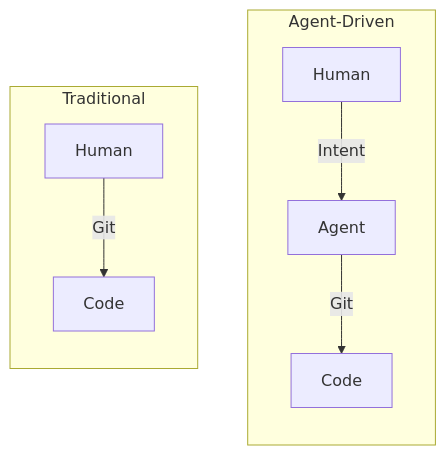
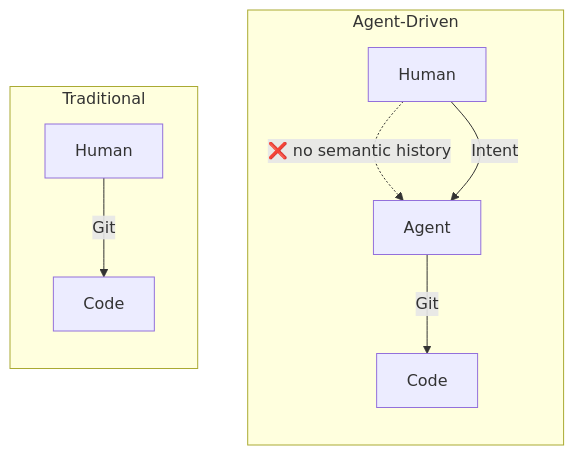
The diagram in README.md (dozybot001/Intent), drawn with Mermaid before and after one commit. The commit also changed 1 other file, not shown here.

Commit message:
Show semantic gap before introducing Intent in diagram
Human→Agent now has two edges: a dashed line marking the missing
semantic history, and a solid arrow showing Intent as the solution.

````diff
--- a/README.md
+++ b/README.md
@@ -17,18 +17,19 @@
 ```mermaid
 flowchart LR
   subgraph traditional["Traditional"]
     direction TB
     H1["Human"]
     C1["Code"]
     H1 -->|"Git"| C1
   end
   subgraph agent["Agent-Driven"]
     direction TB
     H2["Human"]
     AG["Agent"]
     C2["Code"]
+    H2 -."❌ no semantic history".-> AG
     H2 -->|"Intent"| AG
     AG -->|"Git"| C2
   end
   traditional ~~~ agent
 ```
````
